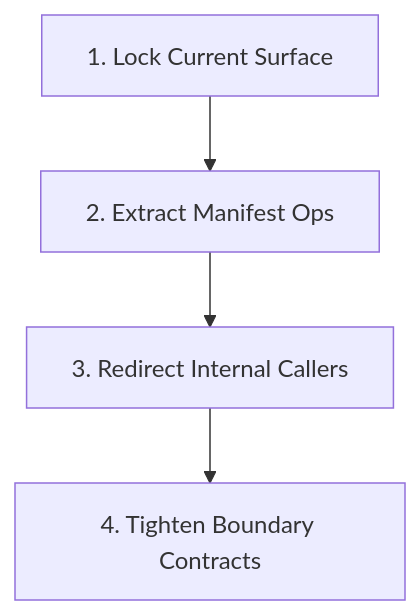
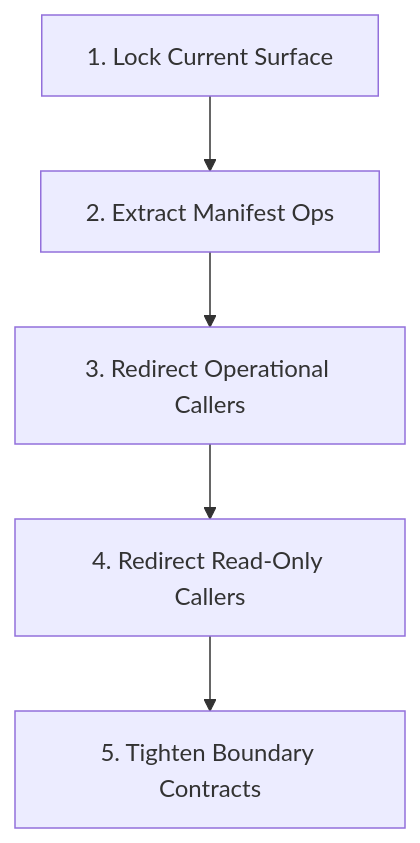
Before and after one commit to bigH/continuous-refactoring: the diagram in migrations/src-continuous-refactoring-migrations-py-20260429T020031/plan.md, drawn with Mermaid. The commit also changed other lines of this file and 6 other files, not shown here.

````diff
--- a/migrations/src-continuous-refactoring-migrations-py-20260429T020031/plan.md
+++ b/migrations/src-continuous-refactoring-migrations-py-20260429T020031/plan.md
@@ -57,6 +71,7 @@
 ```mermaid
 flowchart TD
     P1["1. Lock Current Surface"] --> P2["2. Extract Manifest Ops"]
-    P2 --> P3["3. Redirect Internal Callers"]
-    P3 --> P4["4. Tighten Boundary Contracts"]
+    P2 --> P3["3. Redirect Operational Callers"]
+    P3 --> P4["4. Redirect Read-Only Callers"]
+    P4 --> P5["5. Tighten Boundary Contracts"]
 ```
````
